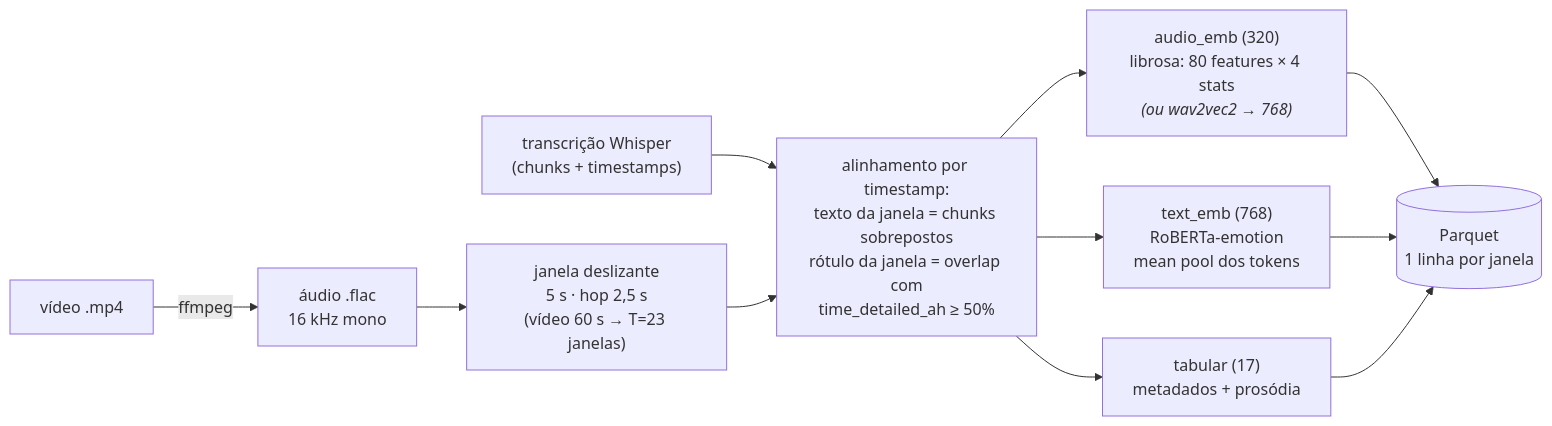
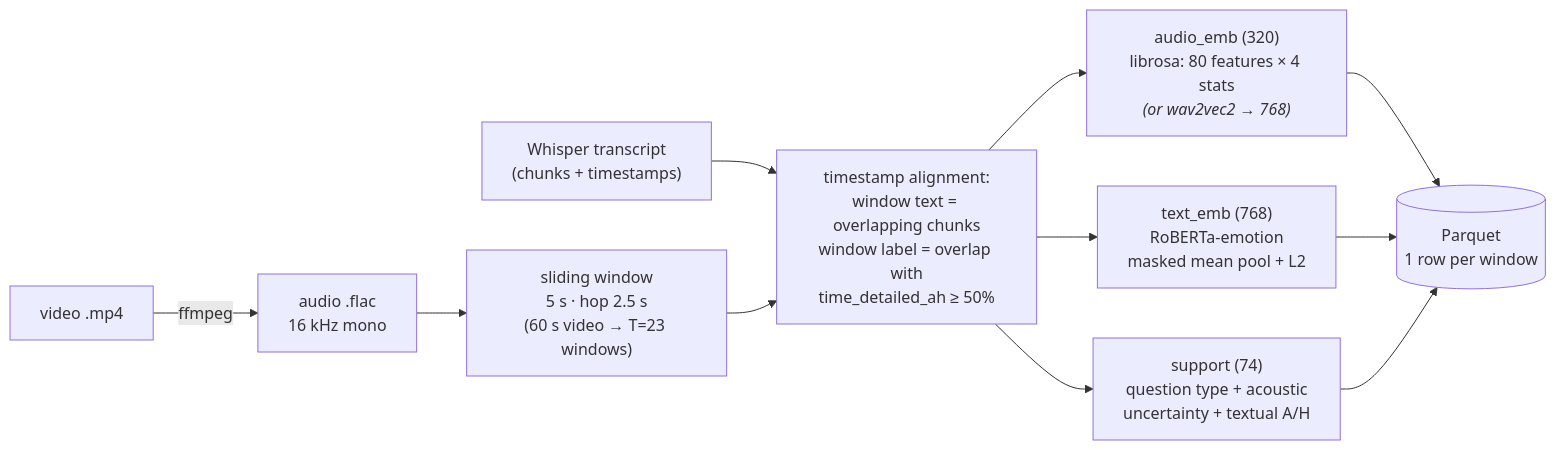
One commit to Liga-de-IA-PUCPR/abaw-11-ah-challenge changed the first of 4 diagrams in README.md. Above: the diagram before and after it, drawn with Mermaid. The commit also changed other lines of this file, not shown here.

````diff
--- a/README.md
+++ b/README.md
@@ -250,13 +325,13 @@
 ```mermaid
 flowchart LR
-    V["vídeo .mp4"] -->|ffmpeg| A["áudio .flac<br/>16 kHz mono"]
-    A --> J["janela deslizante<br/>5 s · hop 2,5 s<br/>(vídeo 60 s → T=23 janelas)"]
-    TR["transcrição Whisper<br/>(chunks + timestamps)"] --> AL
-    J --> AL["alinhamento por timestamp:<br/>texto da janela = chunks sobrepostos<br/>rótulo da janela = overlap com<br/>time_detailed_ah ≥ 50%"]
-    AL --> E1["audio_emb (320)<br/>librosa: 80 features × 4 stats<br/><i>(ou wav2vec2 → 768)</i>"]
-    AL --> E2["text_emb (768)<br/>RoBERTa-emotion<br/>mean pool dos tokens"]
-    AL --> E3["tabular (17)<br/>metadados + prosódia"]
-    E1 --> P[("Parquet<br/>1 linha por janela")]
+    V["video .mp4"] -->|ffmpeg| A["audio .flac<br/>16 kHz mono"]
+    A --> J["sliding window<br/>5 s · hop 2.5 s<br/>(60 s video → T=23 windows)"]
+    TR["Whisper transcript<br/>(chunks + timestamps)"] --> AL
+    J --> AL["timestamp alignment:<br/>window text = overlapping chunks<br/>window label = overlap with<br/>time_detailed_ah ≥ 50%"]
+    AL --> E1["audio_emb (320)<br/>librosa: 80 features × 4 stats<br/><i>(or wav2vec2 → 768)</i>"]
+    AL --> E2["text_emb (768)<br/>RoBERTa-emotion<br/>masked mean pool + L2"]
+    AL --> E3["support (74)<br/>question type + acoustic<br/>uncertainty + textual A/H"]
+    E1 --> P[("Parquet<br/>1 row per window")]
     E2 --> P
     E3 --> P
 ```
````
